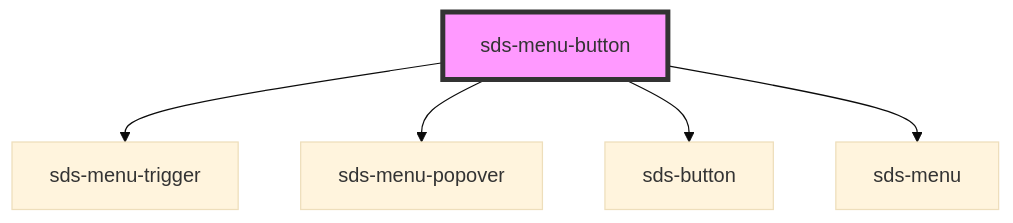
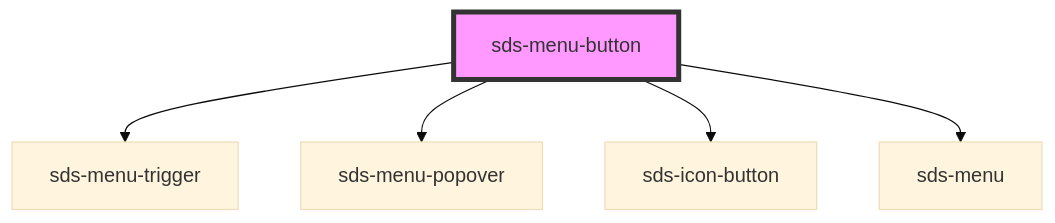
Before and after one commit to chodgesfigma/sds-mono: the diagram in packages/sds-web-components/src/ui/primitives/Menu/sds-menu-button/readme.md, drawn with Mermaid (base theme). The commit also changed other lines of this file and 8 other files, not shown here.

Commit message:
chore: updated icon-button usage in sds-menu-button

````diff
--- a/packages/sds-web-components/src/ui/primitives/Menu/sds-menu-button/readme.md
+++ b/packages/sds-web-components/src/ui/primitives/Menu/sds-menu-button/readme.md
@@ -61,8 +61,8 @@
 ```mermaid
 graph TD;
   sds-menu-button --> sds-menu-trigger
   sds-menu-button --> sds-menu-popover
-  sds-menu-button --> sds-button
+  sds-menu-button --> sds-icon-button
   sds-menu-button --> sds-menu
   style sds-menu-button fill:#f9f,stroke:#333,stroke-width:4px
 ```
````
